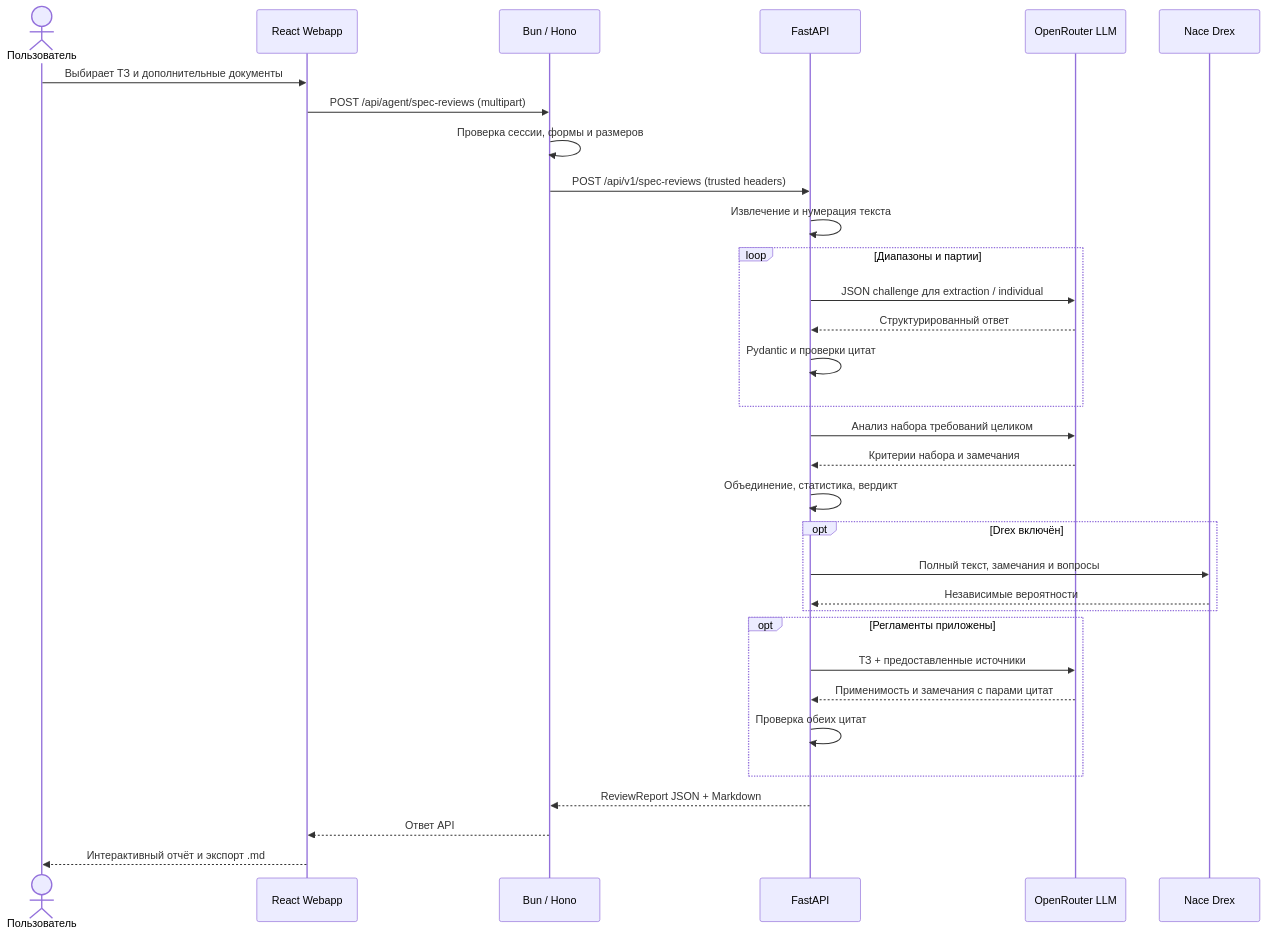
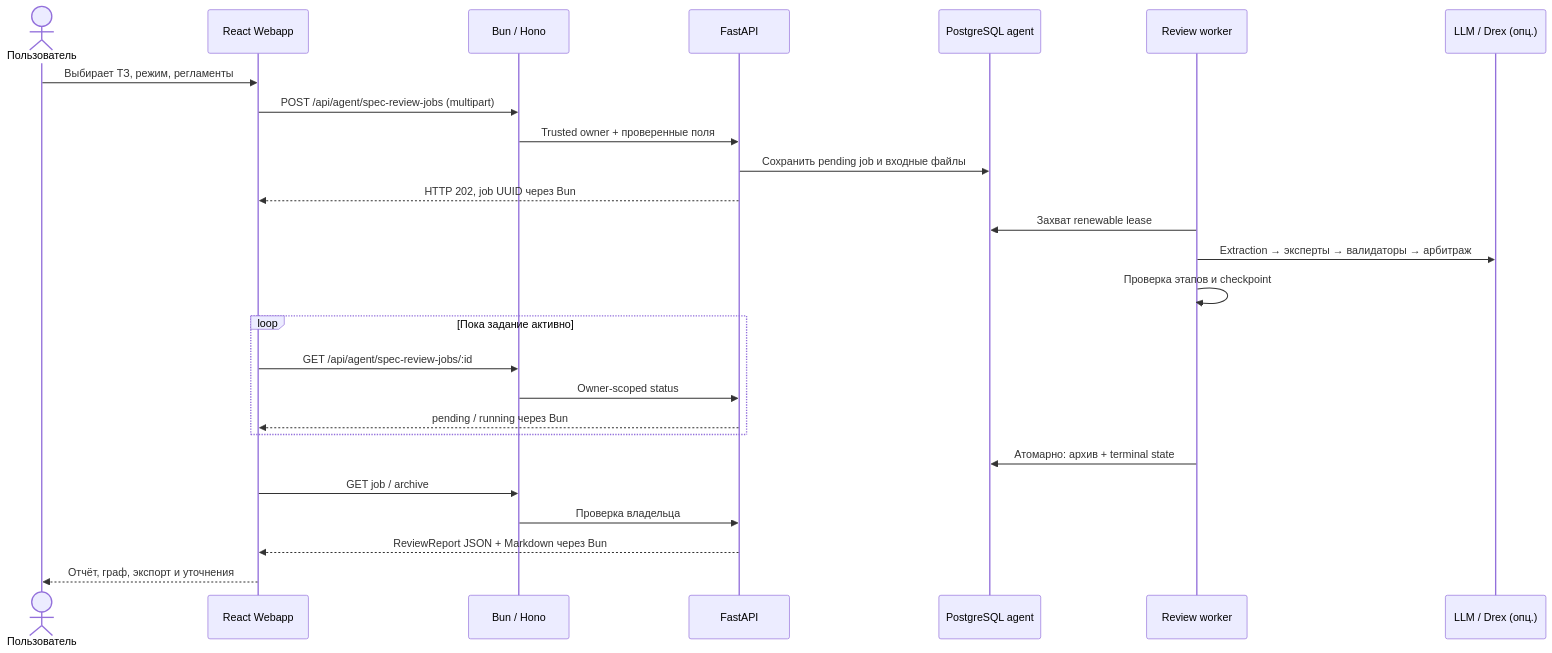
Before and after one commit to Feruum/Darumleye: the sixth of 7 diagrams in vibe/docs/SPEC_REVIEW_ARCHITECTURE.ru.md, drawn with Mermaid. The commit also changed other lines of this file and 37 other files, not shown here.

Commit message:
docs: synchronize Darumleye architecture, operations and verified results

````diff
--- a/vibe/docs/SPEC_REVIEW_ARCHITECTURE.ru.md
+++ b/vibe/docs/SPEC_REVIEW_ARCHITECTURE.ru.md
@@ -287,35 +289,28 @@
 ```mermaid
 sequenceDiagram
     actor U as Пользователь
     participant W as React Webapp
     participant B as Bun / Hono
     participant A as FastAPI
-    participant L as OpenRouter LLM
-    participant D as Nace Drex
-
-    U->>W: Выбирает ТЗ и дополнительные документы
-    W->>B: POST /api/agent/spec-reviews (multipart)
-    B->>B: Проверка сессии, формы и размеров
-    B->>A: POST /api/v1/spec-reviews (trusted headers)
-    A->>A: Извлечение и нумерация текста
-    loop Диапазоны и партии
-        A->>L: JSON challenge для extraction / individual
-        L-->>A: Структурированный ответ
-        A->>A: Pydantic и проверки цитат
+    participant DB as PostgreSQL agent
+    participant X as Review worker
+    participant AI as LLM / Drex (опц.)
+    U->>W: Выбирает ТЗ, режим, регламенты
+    W->>B: POST /api/agent/spec-review-jobs (multipart)
+    B->>A: Trusted owner + проверенные поля
+    A->>DB: Сохранить pending job и входные файлы
+    A-->>W: HTTP 202, job UUID через Bun
+    X->>DB: Захват renewable lease
+    X->>AI: Extraction → эксперты → валидаторы → арбитраж
+    X->>X: Проверка этапов и checkpoint
+    loop Пока задание активно
+        W->>B: GET /api/agent/spec-review-jobs/:id
+        B->>A: Owner-scoped status
+        A-->>W: pending / running через Bun
     end
-    A->>L: Анализ набора требований целиком
-    L-->>A: Критерии набора и замечания
-    A->>A: Объединение, статистика, вердикт
-    opt Drex включён
-        A->>D: Полный текст, замечания и вопросы
-        D-->>A: Независимые вероятности
-    end
-    opt Регламенты приложены
-        A->>L: ТЗ + предоставленные источники
-        L-->>A: Применимость и замечания с парами цитат
-        A->>A: Проверка обеих цитат
-    end
-    A-->>B: ReviewReport JSON + Markdown
-    B-->>W: Ответ API
-    W-->>U: Интерактивный отчёт и экспорт .md
+    X->>DB: Атомарно: архив + terminal state
+    W->>B: GET job / archive
+    B->>A: Проверка владельца
+    A-->>W: ReviewReport JSON + Markdown через Bun
+    W-->>U: Отчёт, граф, экспорт и уточнения
 ```
````
